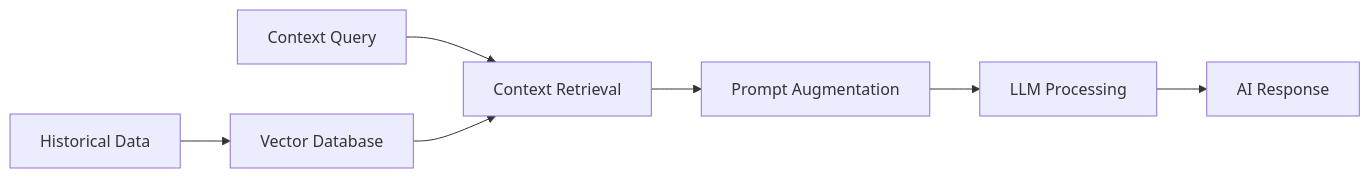
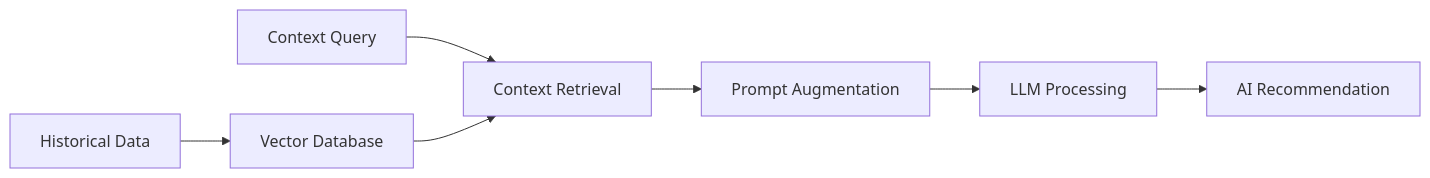
One commit to NiteshSingh-Luckyperson/enterprise-agentic-ai-platform changed the third of 3 diagrams in README.md. Above: the diagram before and after it, drawn with Mermaid. The commit also changed other lines of this file, not shown here.

````diff
--- a/README.md
+++ b/README.md
@@ -319,20 +312,20 @@
 ```mermaid
 flowchart LR
 
 DATA[Historical Data]
 VECTOR[Vector Database]
 QUERY[Context Query]
 
 RETRIEVE[Context Retrieval]
 PROMPT[Prompt Augmentation]
 LLM[LLM Processing]
-RESULT[AI Response]
+RESULT[AI Recommendation]
 
 DATA --> VECTOR
 QUERY --> RETRIEVE
 VECTOR --> RETRIEVE
 
 RETRIEVE --> PROMPT
 PROMPT --> LLM
 LLM --> RESULT
 ```
````
